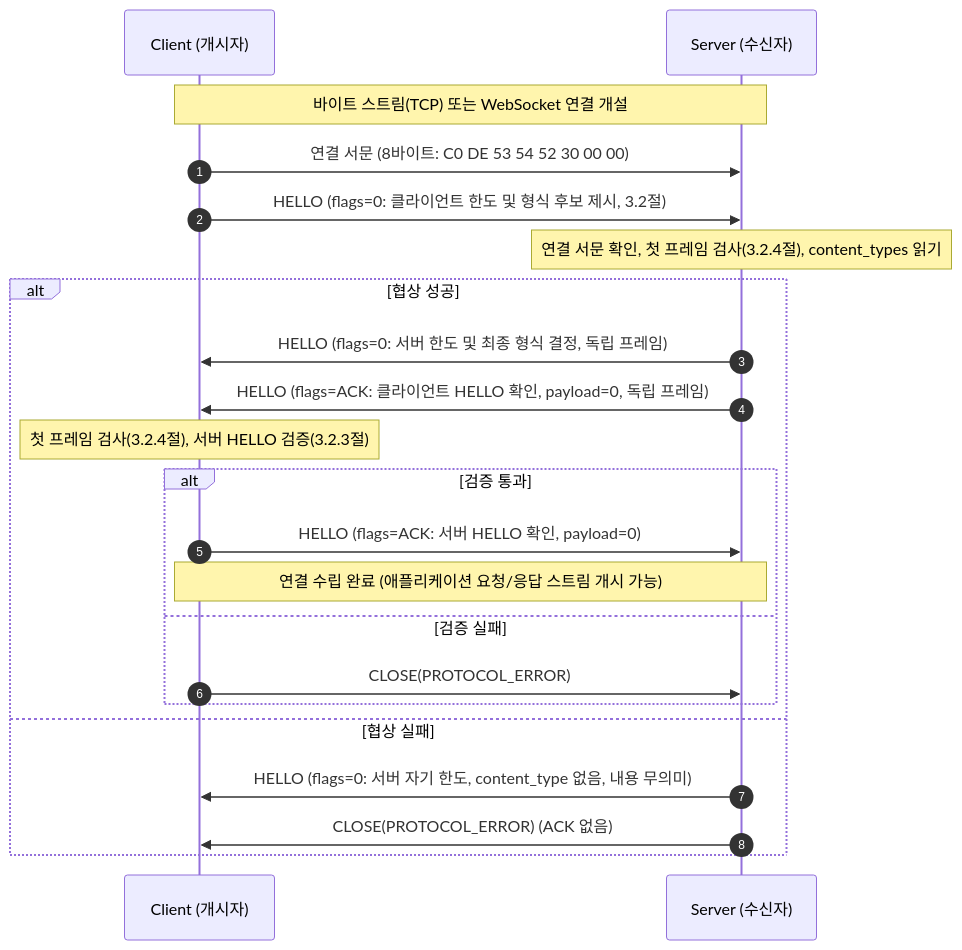
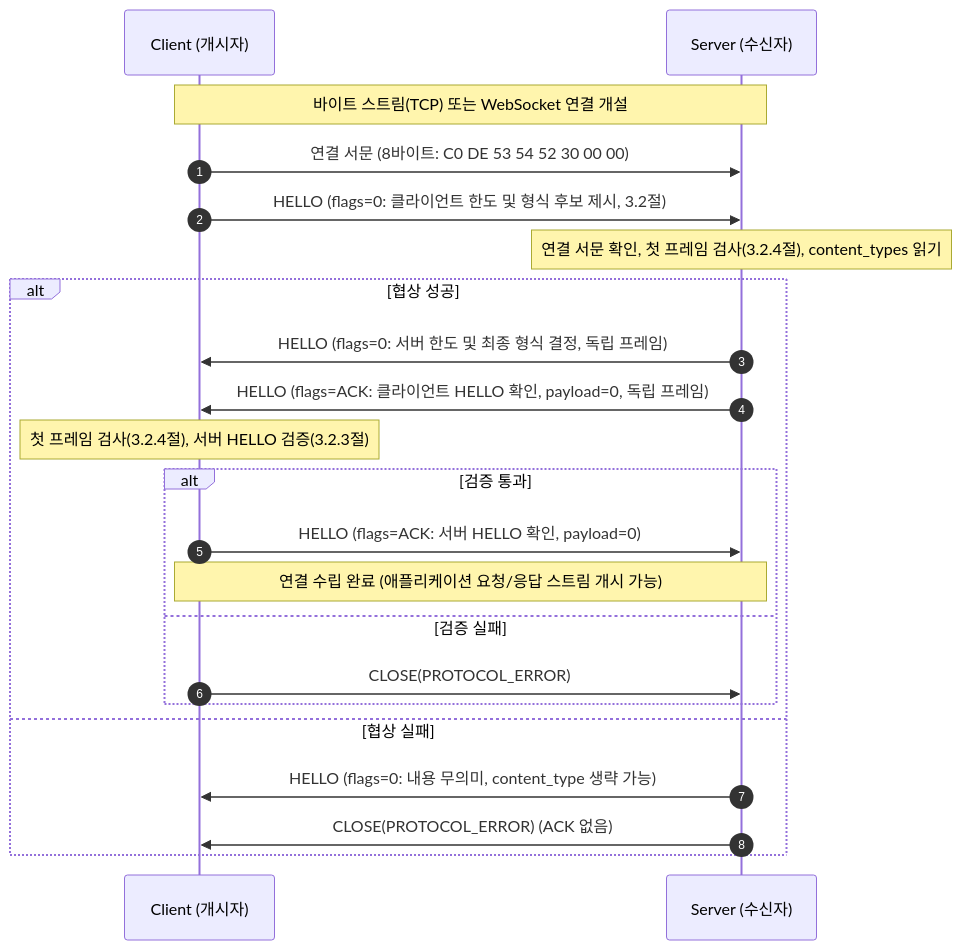
The first of 3 diagrams in docs/specification/STRAND_SPECIFICATION.md (ppzxc/strand), drawn with Mermaid before and after one commit. The commit also changed other lines of this file, not shown here.

````diff
--- a/docs/specification/STRAND_SPECIFICATION.md
+++ b/docs/specification/STRAND_SPECIFICATION.md
@@ -430,27 +430,27 @@
 ```mermaid
 sequenceDiagram
     autonumber
     participant C as Client (개시자)
     participant S as Server (수신자)
 
     Note over C,S: 바이트 스트림(TCP) 또는 WebSocket 연결 개설
     C->>S: 연결 서문 (8바이트: C0 DE 53 54 52 30 00 00)
     C->>S: HELLO (flags=0: 클라이언트 한도 및 형식 후보 제시, 3.2절)
 
     Note over S: 연결 서문 확인, 첫 프레임 검사(3.2.4절), content_types 읽기
     alt 협상 성공
         S->>C: HELLO (flags=0: 서버 한도 및 최종 형식 결정, 독립 프레임)
         S->>C: HELLO (flags=ACK: 클라이언트 HELLO 확인, payload=0, 독립 프레임)
 
         Note over C: 첫 프레임 검사(3.2.4절), 서버 HELLO 검증(3.2.3절)
         alt 검증 통과
             C->>S: HELLO (flags=ACK: 서버 HELLO 확인, payload=0)
             Note over C,S: 연결 수립 완료 (애플리케이션 요청/응답 스트림 개시 가능)
         else 검증 실패
             C->>S: CLOSE(PROTOCOL_ERROR)
         end
     else 협상 실패
-        S->>C: HELLO (flags=0: 서버 자기 한도, content_type 없음, 내용 무의미)
+        S->>C: HELLO (flags=0: 내용 무의미, content_type 생략 가능)
         S->>C: CLOSE(PROTOCOL_ERROR) (ACK 없음)
     end
 ```
````
